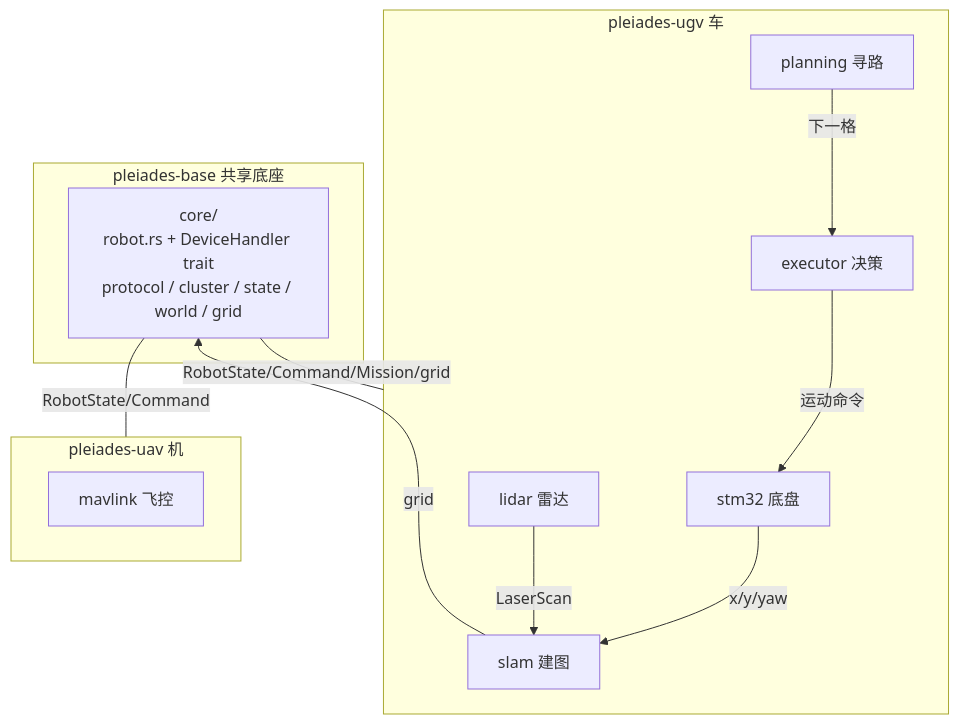
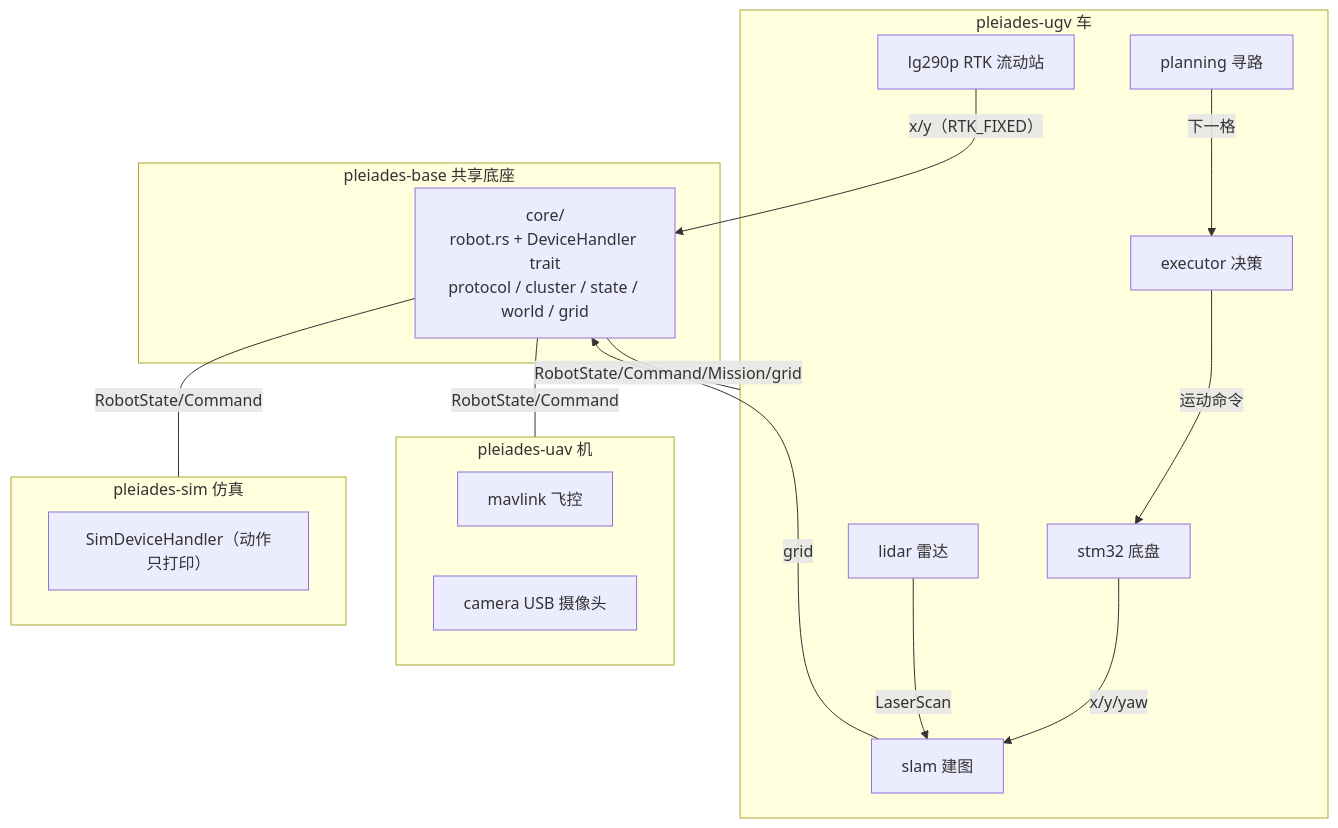
One commit to LYK-ce/Pleiades changed the second of 6 diagrams in Architecture/robot_arch.md. Above: the diagram before and after it, drawn with Mermaid. The commit also changed other lines of this file and 70 other files, not shown here.

````diff
--- a/Architecture/robot_arch.md
+++ b/Architecture/robot_arch.md
@@ -108,23 +130,30 @@
 ```mermaid
 flowchart TB
     subgraph BASE["pleiades-base 共享底座"]
         CORE["core/<br/>robot.rs + DeviceHandler trait<br/>protocol / cluster / state / world / grid"]
     end
     subgraph UGV["pleiades-ugv 车"]
         STM32["stm32 底盘"]
         LIDAR["lidar 雷达"]
+        LG["lg290p RTK 流动站"]
         SLAM["slam 建图"]
         PLAN["planning 寻路"]
         EXEC["executor 决策"]
     end
     subgraph UAV["pleiades-uav 机"]
         MAV["mavlink 飞控"]
+        CAM["camera USB 摄像头"]
+    end
+    subgraph SIM["pleiades-sim 仿真"]
+        SIMH["SimDeviceHandler（动作只打印）"]
     end
     CORE ---|"RobotState/Command/Mission/grid"| UGV
     CORE ---|"RobotState/Command"| UAV
+    CORE ---|"RobotState/Command"| SIM
+    LG -->|"x/y（RTK_FIXED）"| CORE
     STM32 -->|"x/y/yaw"| SLAM
     LIDAR -->|"LaserScan"| SLAM
     SLAM -->|"grid"| CORE
     PLAN -->|"下一格"| EXEC
     EXEC -->|"运动命令"| STM32
 ```
````
